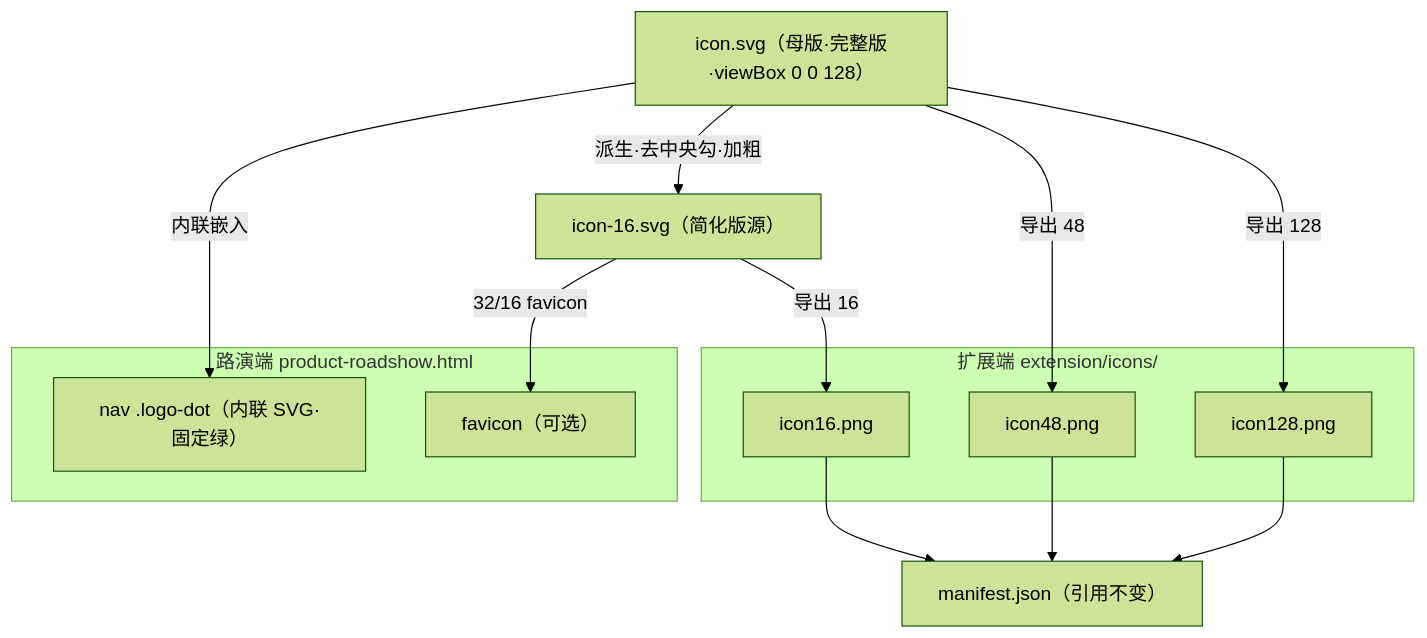
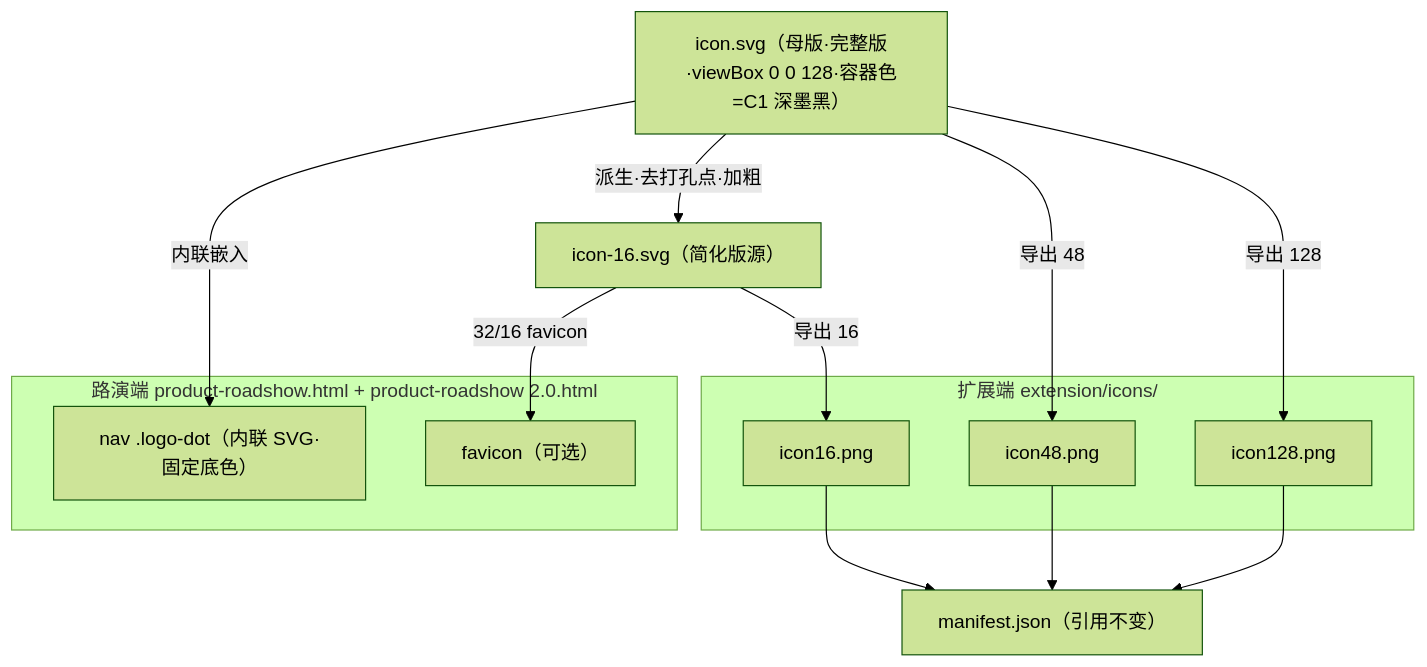
Before and after one commit to kui0123/chrome: the first of 3 diagrams in .trae/plans/req-brand-icon-svg-plan.md, drawn with Mermaid (forest theme). The commit also changed other lines of this file and 30 other files, not shown here.

````diff
--- a/.trae/plans/req-brand-icon-svg-plan.md
+++ b/.trae/plans/req-brand-icon-svg-plan.md
@@ -129,27 +264,27 @@
 ```mermaid
 flowchart TD
-    MASTER["icon.svg（母版·完整版·viewBox 0 0 128）"]
+    MASTER["icon.svg（母版·完整版·viewBox 0 0 128·容器色=C1 深墨黑）"]
     MASTER16["icon-16.svg（简化版源）"]
-    MASTER -->|派生·去中央勾·加粗| MASTER16
+    MASTER -->|派生·去打孔点·加粗| MASTER16
 
     subgraph EXT["扩展端 extension/icons/"]
         P128["icon128.png"]
         P48["icon48.png"]
         P16["icon16.png"]
     end
     MASTER -->|导出 128| P128
     MASTER -->|导出 48| P48
     MASTER16 -->|导出 16| P16
 
-    subgraph WEB["路演端 product-roadshow.html"]
-        NAV["nav .logo-dot（内联 SVG·固定绿）"]
+    subgraph WEB["路演端 product-roadshow.html + product-roadshow 2.0.html"]
+        NAV["nav .logo-dot（内联 SVG·固定底色）"]
         FAV["favicon（可选）"]
     end
     MASTER -->|内联嵌入| NAV
     MASTER16 -->|32/16 favicon| FAV
 
     MANIFEST["manifest.json（引用不变）"]
     P128 --> MANIFEST
     P48 --> MANIFEST
     P16 --> MANIFEST
 ```
````
